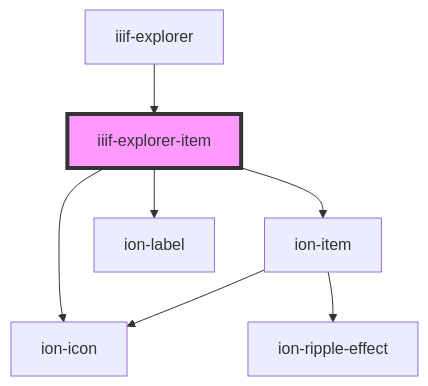
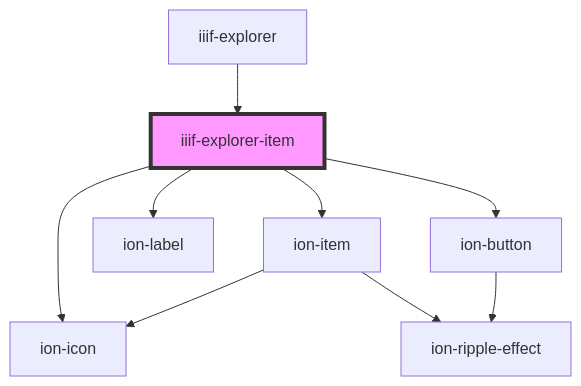
Before and after one commit to UniversalViewer/iiif-explorer: the diagram in src/components/iiif-explorer-item/readme.md, drawn with Mermaid. The commit also changed other lines of this file and 8 other files, not shown here.

````diff
--- a/src/components/iiif-explorer-item/readme.md
+++ b/src/components/iiif-explorer-item/readme.md
@@ -38,10 +40,12 @@
 ```mermaid
 graph TD;
   iiif-explorer-item --> ion-item
   iiif-explorer-item --> ion-icon
   iiif-explorer-item --> ion-label
+  iiif-explorer-item --> ion-button
   ion-item --> ion-icon
   ion-item --> ion-ripple-effect
+  ion-button --> ion-ripple-effect
   iiif-explorer --> iiif-explorer-item
   style iiif-explorer-item fill:#f9f,stroke:#333,stroke-width:4px
 ```
````
